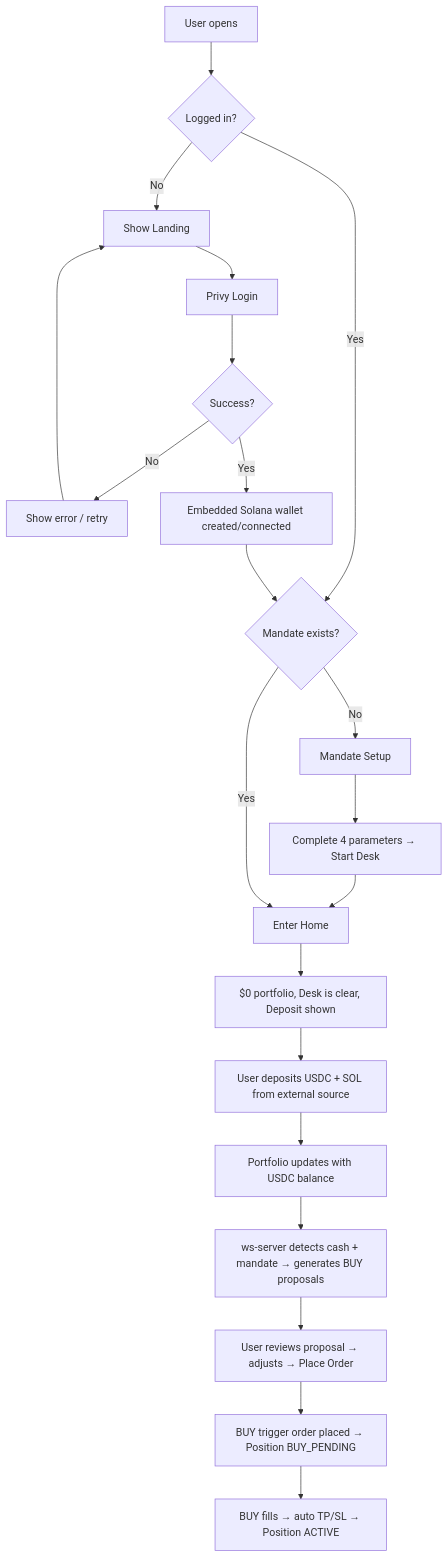
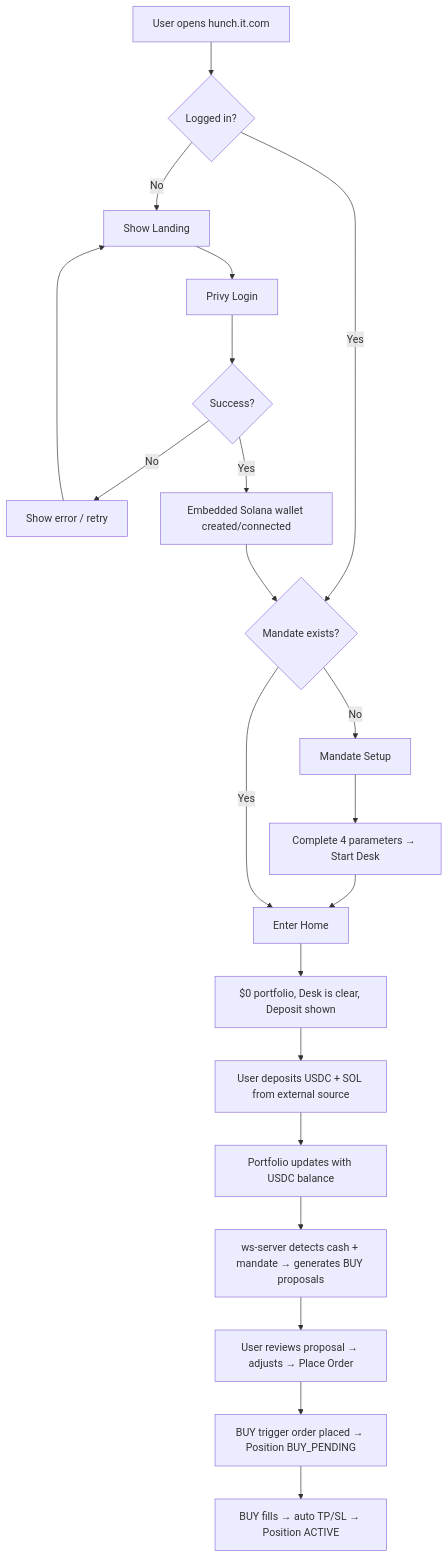
One commit to Omnis-Labs/tickr-ai changed the first of 7 diagrams in docs/screens-and-flows.md. Above: the diagram before and after it, drawn with Mermaid. The commit also changed other lines of this file and 3 other files, not shown here.

Commit message:
Refine proposal skip confirmation flow

````diff
--- a/docs/screens-and-flows.md
+++ b/docs/screens-and-flows.md
@@ -326,23 +339,23 @@
 ```mermaid
 flowchart TD
-    A[User opens <app-domain>] --> B{Logged in?}
+    A[User opens hunch.it.com] --> B{Logged in?}
     B -- No --> C[Show Landing]
     C --> D[Privy Login]
     D --> E{Success?}
     E -- No --> E1[Show error / retry]
     E1 --> C
     E -- Yes --> E2[Embedded Solana wallet created/connected]
     B -- Yes --> F{Mandate exists?}
     E2 --> F
     F -- No --> G[Mandate Setup]
     G --> H[Complete 4 parameters → Start Desk]
     H --> I[Enter Home]
     F -- Yes --> I
     I --> J[$0 portfolio, Desk is clear, Deposit shown]
     J --> K[User deposits USDC + SOL from external source]
     K --> L[Portfolio updates with USDC balance]
     L --> M[ws-server detects cash + mandate → generates BUY proposals]
     M --> N[User reviews proposal → adjusts → Place Order]
     N --> O[BUY trigger order placed → Position BUY_PENDING]
     O --> P[BUY fills → auto TP/SL → Position ACTIVE]
 ```
````
